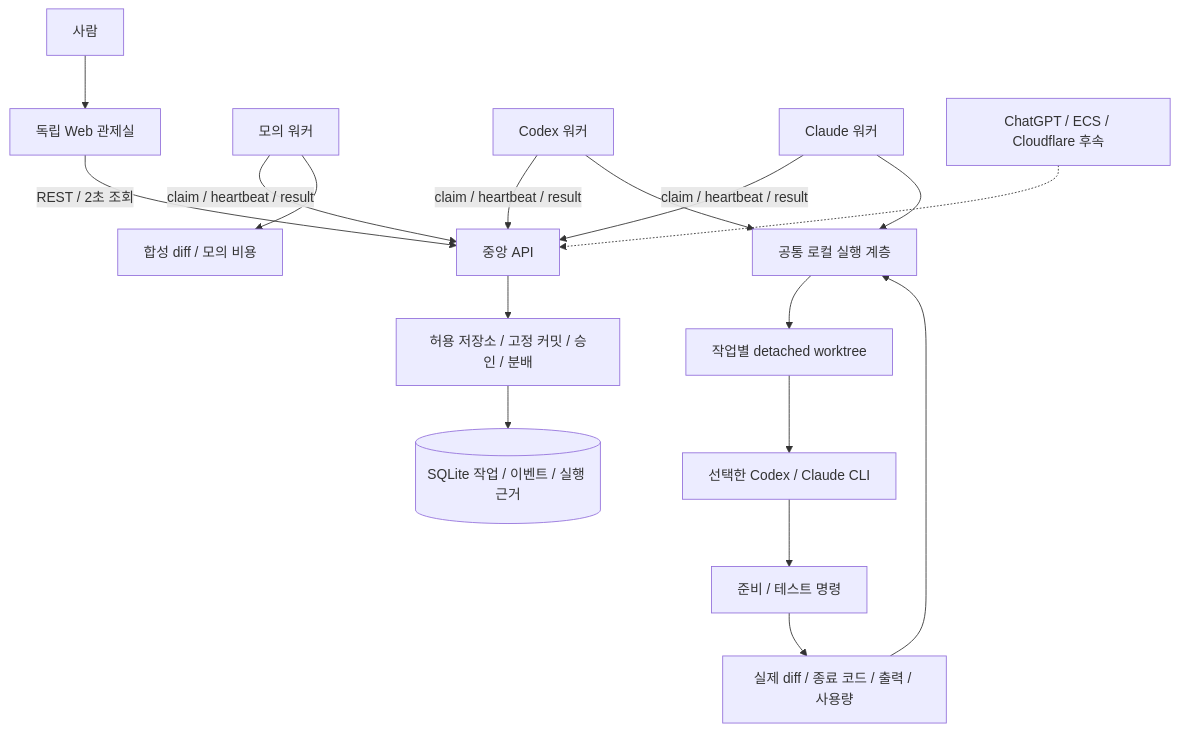
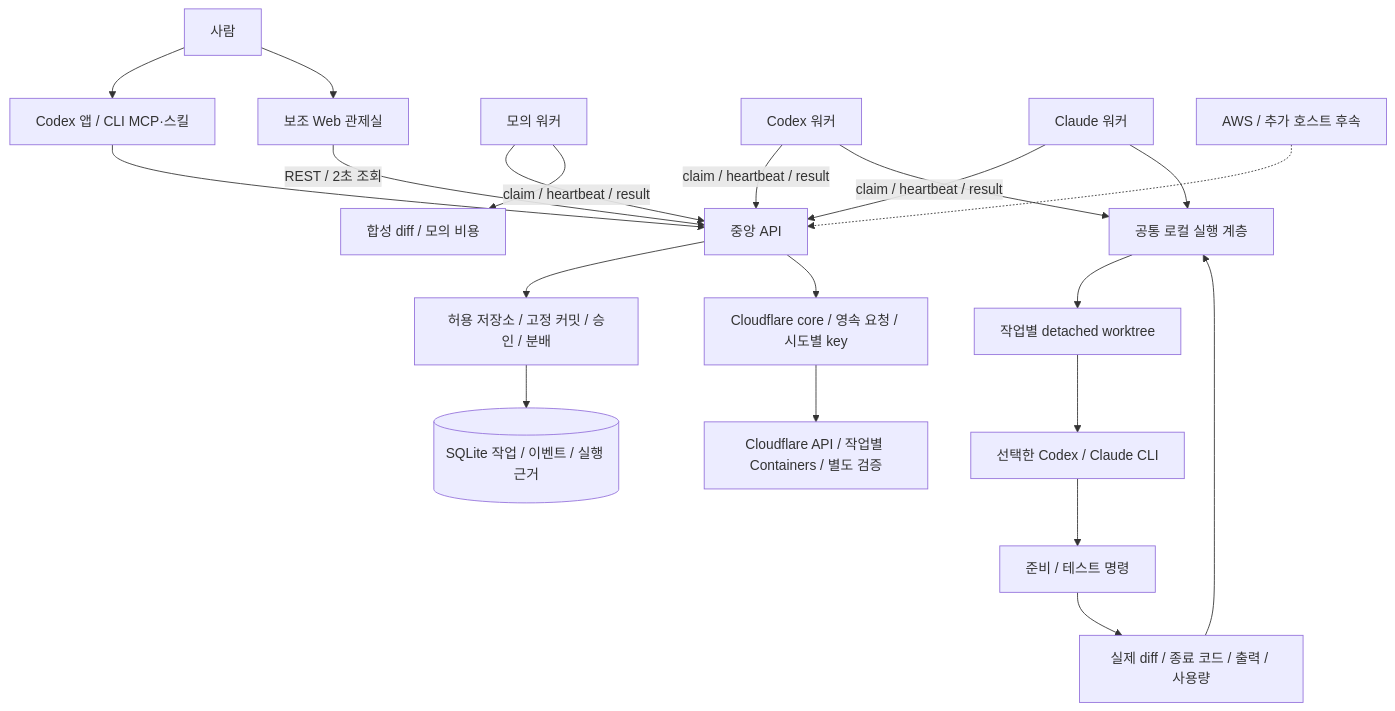
Before and after one commit to roboco-io/project-hivemind: the first of 2 diagrams in docs/architecture.md, drawn with Mermaid. The commit also changed other lines of this file and 9 other files, not shown here.

Commit message:
docs: make Codex the primary interface and publish live Cloudflare MCP verification

````diff
--- a/docs/architecture.md
+++ b/docs/architecture.md
@@ -10,19 +11,23 @@
 ```mermaid
 flowchart TB
-    Human[사람] --> Web[독립 Web 관제실]
+    Human[사람] --> Codex[Codex 앱 / CLI MCP·스킬]
+    Codex --> API
+    Human --> Web[보조 Web 관제실]
     Web -->|REST / 2초 조회| API[중앙 API]
     API --> Policy[허용 저장소 / 고정 커밋 / 승인 / 분배]
     Policy --> DB[(SQLite 작업 / 이벤트 / 실행 근거)]
     MW[모의 워커] -->|claim / heartbeat / result| API
     CW[Codex 워커] -->|claim / heartbeat / result| API
     LW[Claude 워커] -->|claim / heartbeat / result| API
     MW --> Mock[합성 diff / 모의 비용]
     CW --> Run[공통 로컬 실행 계층]
     LW --> Run
     Run --> WT[작업별 detached worktree]
     WT --> Agent[선택한 Codex / Claude CLI]
     Agent --> Test[준비 / 테스트 명령]
     Test --> Evidence[실제 diff / 종료 코드 / 출력 / 사용량]
     Evidence --> Run
-    Future[ChatGPT / ECS / Cloudflare 후속] -.-> API
+    API --> Remote[Cloudflare core / 영속 요청 / 시도별 key]
+    Remote --> CF[Cloudflare API / 작업별 Containers / 별도 검증]
+    Future[AWS / 추가 호스트 후속] -.-> API
 ```
````
